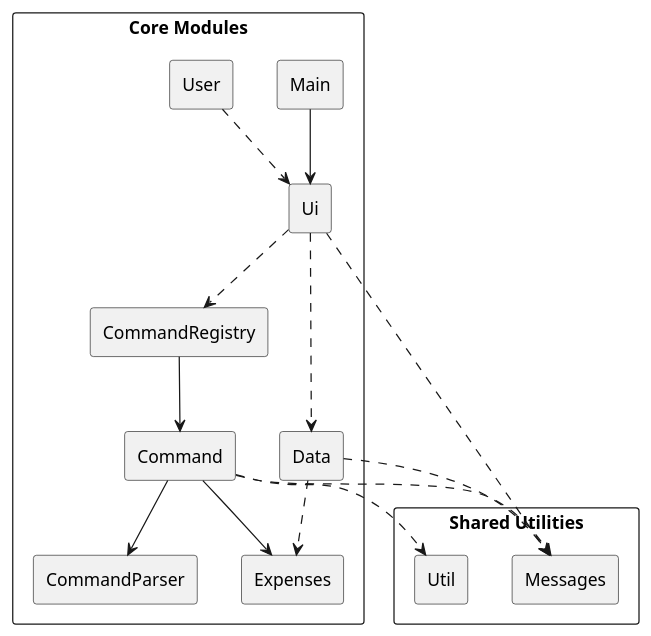
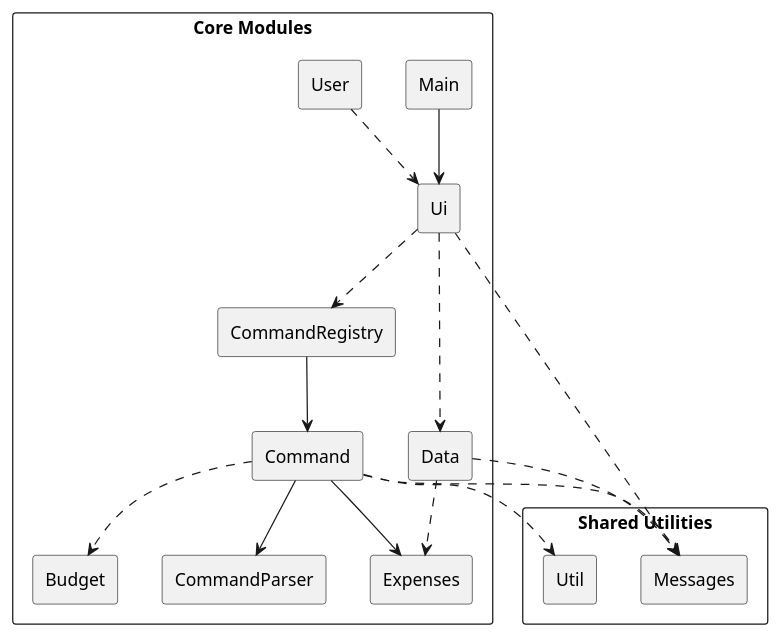
One commit to randust/tp changed the diagram in docs/diagrams/class/overall.puml. Above: the diagram before and after it, drawn with PlantUML. The commit also changed 4 other files, not shown here.

Commit message:
Add budget into DG architecture diagram

```diff
--- a/docs/diagrams/class/overall.puml
+++ b/docs/diagrams/class/overall.puml
@@ -1,43 +1,44 @@
 @startuml
 skinparam componentStyle rectangle
 skinparam packageStyle rect
 'skinparam ArrowColor LightGreen
 
 package "Core Modules" {
   [Main]
   [Ui]
   [User]
   [Command]
   [CommandRegistry]
   [CommandParser]
   [Data]
   [Expenses]
+  [Budget]
 }
 
 package "Shared Utilities" {
   [Util]
   [Messages]
 }
 
 ' Core flows
 [User] ..> [Ui]
 [Main] --> [Ui]
 [Ui] ..> [Data]
 [Data] ..> [Expenses]
 [Ui] ..> [CommandRegistry]
 [CommandRegistry] --> [Command]
 [Command] --> [CommandParser]
 [Command] --> [Expenses]
-
+[Command] ..> [Budget]
 ' Shared utilities usage
 '[Ui] ..> [Util]
 [Ui] ..> [Messages]
 [Command] ..> [Util]
 [Command] ..> [Messages]
 '[Expenses] ..> [Util]
 '[Expenses] ..> [Messages]
 '[CommandRegistry] ..> [Messages]
 [Data] ..> [Messages]
 '[Data] ..> [Util]
 
 @enduml
```
